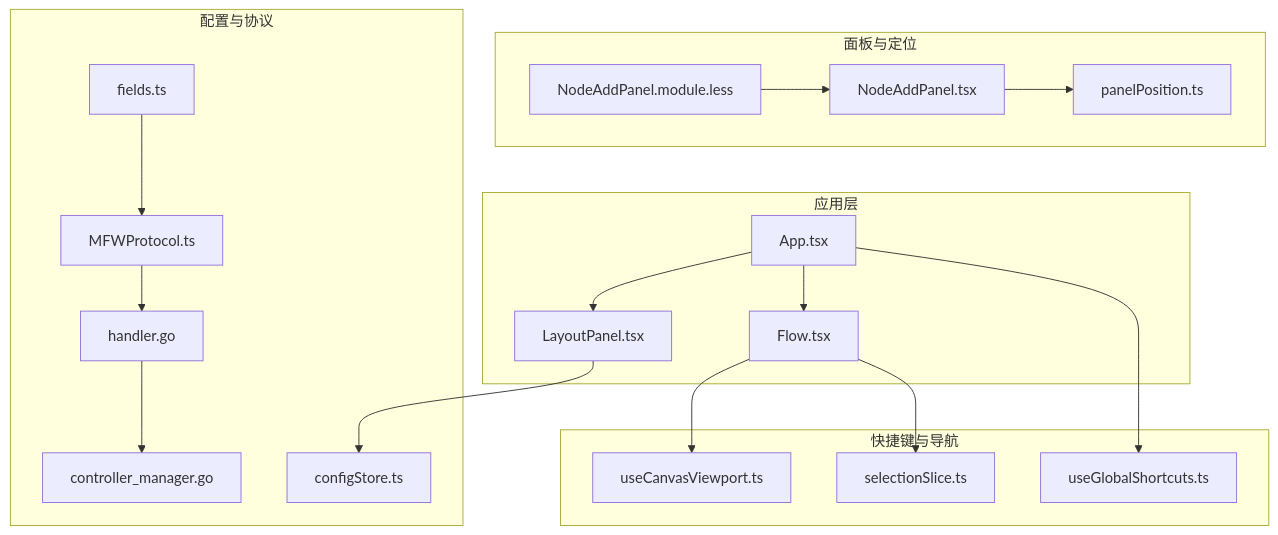
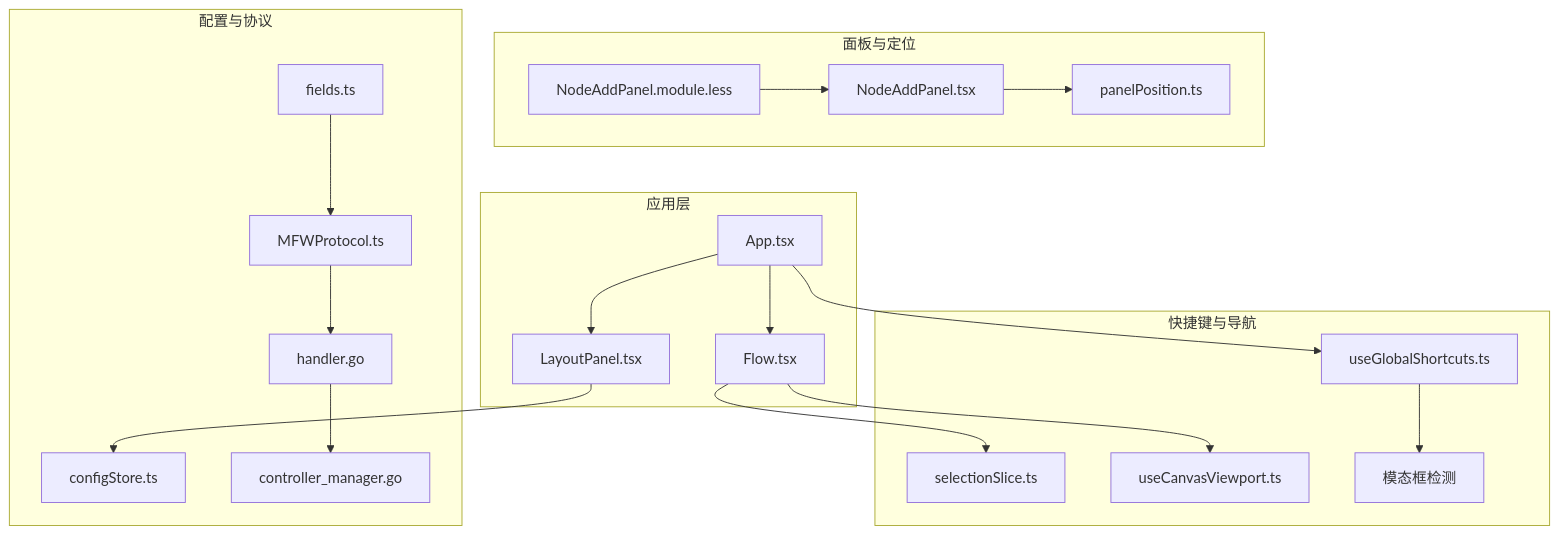
One commit to kqcoxn/MaaPipelineEditor changed the first of 6 diagrams in .qoder/repowiki/zh/content/用户界面/快捷键与导航.md. Above: the diagram before and after it, drawn with Mermaid. The commit also changed other lines of this file and 16 other files, not shown here.

````diff
--- a/.qoder/repowiki/zh/content/用户界面/快捷键与导航.md
+++ b/.qoder/repowiki/zh/content/用户界面/快捷键与导航.md
@@ -45,36 +53,38 @@
 ```mermaid
 graph TB
 subgraph "应用层"
 APP["App.tsx"]
 FLOW["Flow.tsx"]
 TOOL_LAYOUT["LayoutPanel.tsx"]
 end
 subgraph "快捷键与导航"
 GSH["useGlobalShortcuts.ts"]
 SEL["selectionSlice.ts"]
 VP["useCanvasViewport.ts"]
+MODAL["模态框检测"]
 end
 subgraph "面板与定位"
 NAP["NodeAddPanel.tsx"]
 NAP_STYLE["NodeAddPanel.module.less"]
 POS["panelPosition.ts"]
 end
 subgraph "配置与协议"
 CFG["configStore.ts"]
 MFWS["MFWProtocol.ts"]
 MFWH["handler.go"]
 CM["controller_manager.go"]
 ACT["fields.ts"]
 end
 APP --> GSH
 APP --> FLOW
 APP --> TOOL_LAYOUT
 FLOW --> SEL
 FLOW --> VP
 TOOL_LAYOUT --> CFG
 NAP --> POS
 NAP_STYLE --> NAP
 MFWS --> MFWH
 MFWH --> CM
 ACT --> MFWS
+GSH --> MODAL
 ```
````
